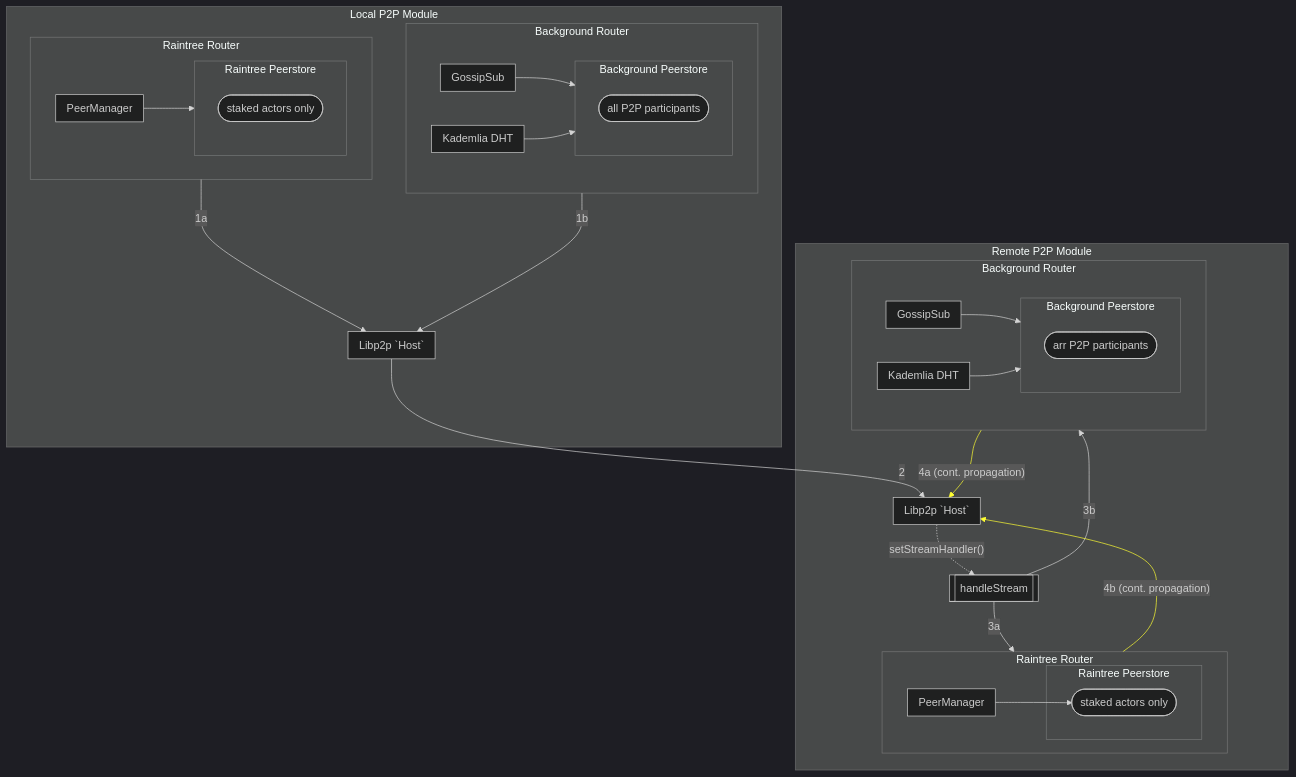
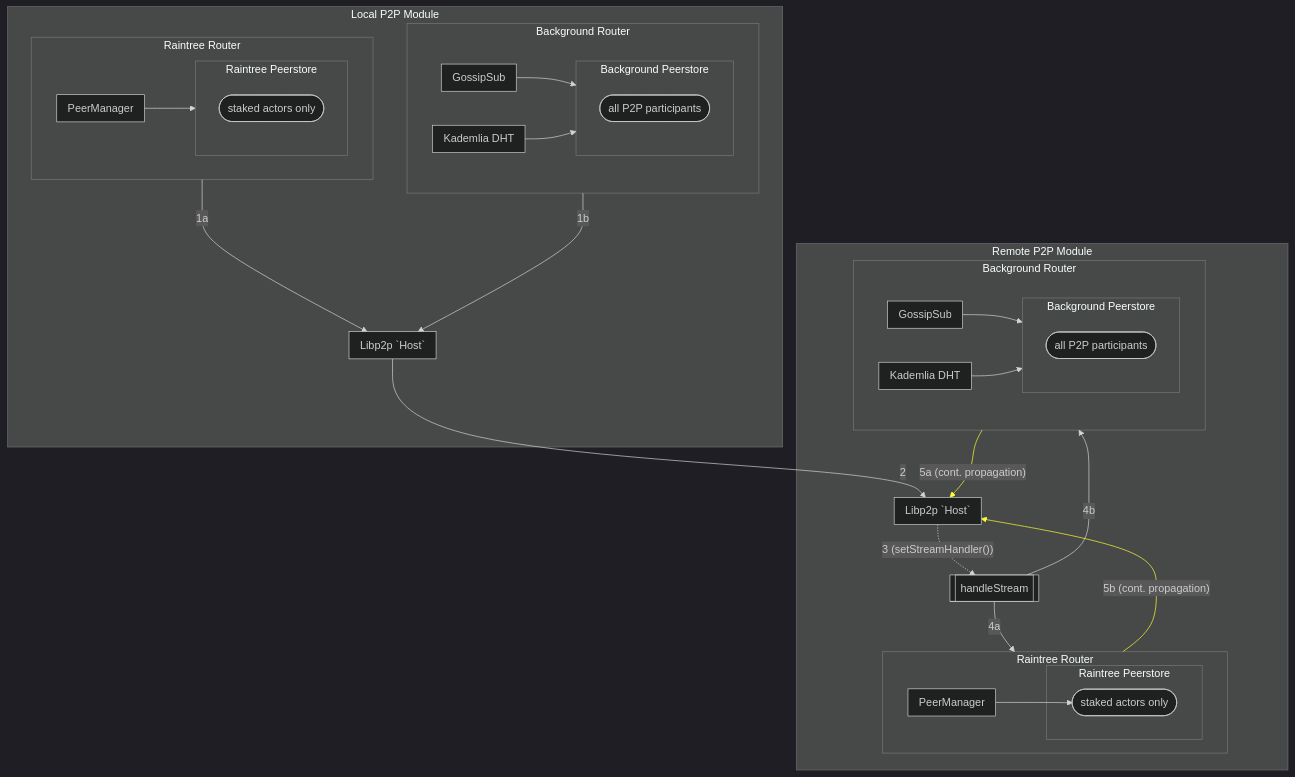
One commit to pokt-network/pocket changed the second of 2 diagrams in p2p/README.md. Above: the diagram before and after it, drawn with Mermaid (dark theme). The commit also changed other lines of this file, not shown here.

First line of the commit message:
docs: message propagation diagram fixes:

````diff
--- a/p2p/README.md
+++ b/p2p/README.md
@@ -97,74 +92,75 @@
 ```mermaid
 flowchart TD
   subgraph lMod[Local P2P Module]
     subgraph lHost[Libp2p `Host`]
     end
     subgraph lRT[Raintree Router]
       subgraph lRTPS[Raintree Peerstore]
         lStakedPS([staked actors only])
       end
 
       subgraph lPM[PeerManager]
       end
       lPM --> lRTPS
     end
 
     subgraph lBG[Background Router]
       subgraph lBGPS[Background Peerstore]
         lNetPS([all P2P participants])
       end
 
       subgraph lGossipSub[GossipSub]
       end
 
       subgraph lDHT[Kademlia DHT]
       end
 
       lGossipSub --> lBGPS
       lDHT --> lBGPS
     end
 
     lRT --1a--> lHost
     lBG --1b--> lHost
   end
 
 subgraph rMod[Remote P2P Module]
 subgraph rHost[Libp2p `Host`]
 end
 subgraph rRT[Raintree Router]
 subgraph rPS[Raintree Peerstore]
 rStakedPS([staked actors only])
 end
 
 subgraph rPM[PeerManager]
 end
 
 rPM --> rStakedPS
 end
 
 subgraph rBG[Background Router]
 subgraph rBGPS[Background Peerstore]
-rNetPS([arr P2P participants])
+rNetPS([all P2P participants])
 end
 
 subgraph rGossipSub[GossipSub]
 end
 
 subgraph rDHT[Kademlia DHT]
 end
 
 rGossipSub --> rBGPS
 rDHT --> rBGPS
 end
 
-rHost -. "setStreamHandler()" .-> hs[[handleStream]]
-hs --3a--> rRT
-hs --3b--> rBG
-rBG  --"4a (cont. propagation)"--> rHost
+rHost -. "3 (setStreamHandler())" .-> hs[[handleStream]]
+
+hs --4a--> rRT
+hs --4b--> rBG
+rBG  --"5a (cont. propagation)"--> rHost
 linkStyle 11 stroke:#ff3
-rRT  --"4b (cont. propagation)"--> rHost
+rRT  --"5b (cont. propagation)"--> rHost
 linkStyle 12 stroke:#ff3
 end
 
 lHost --2--> rHost
 ```
````
